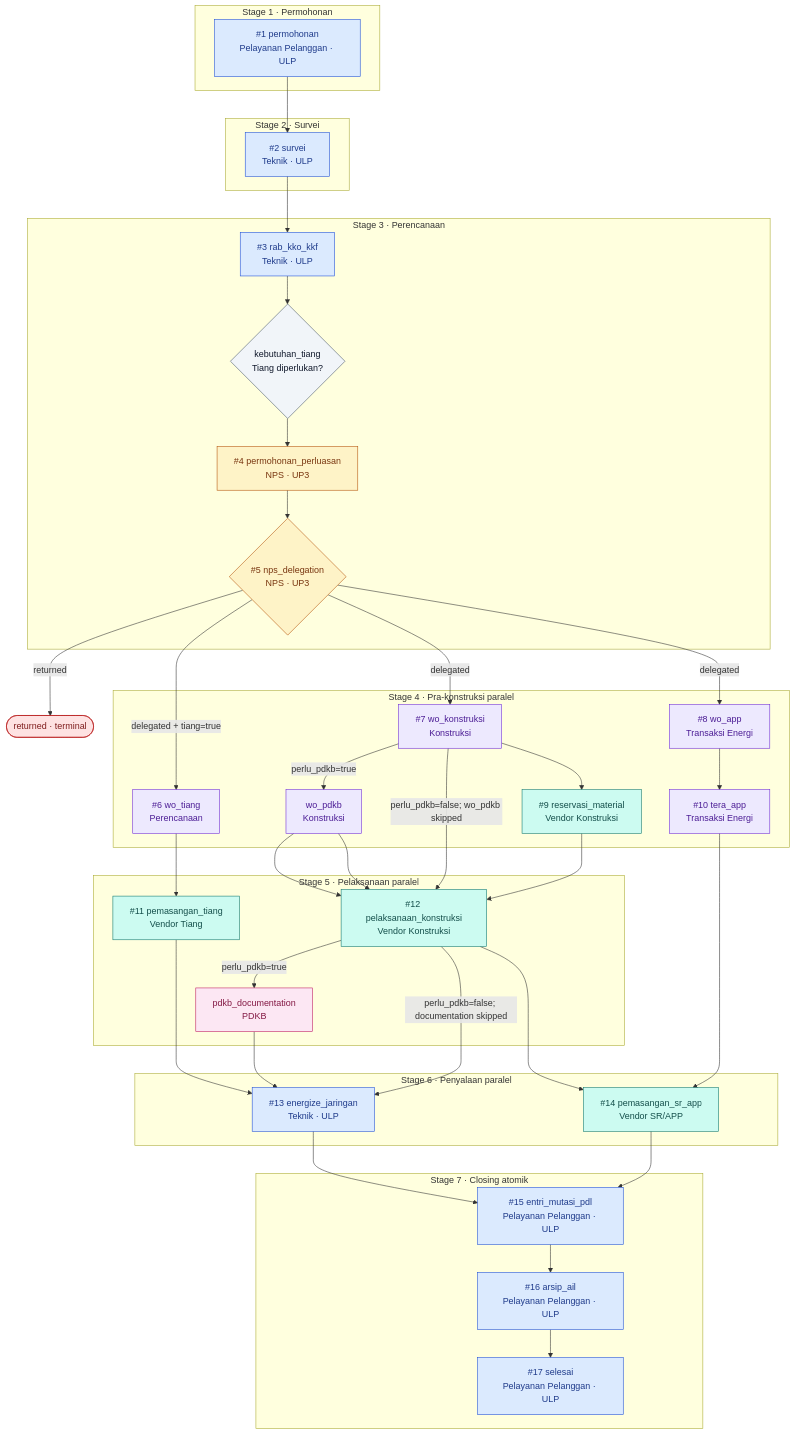
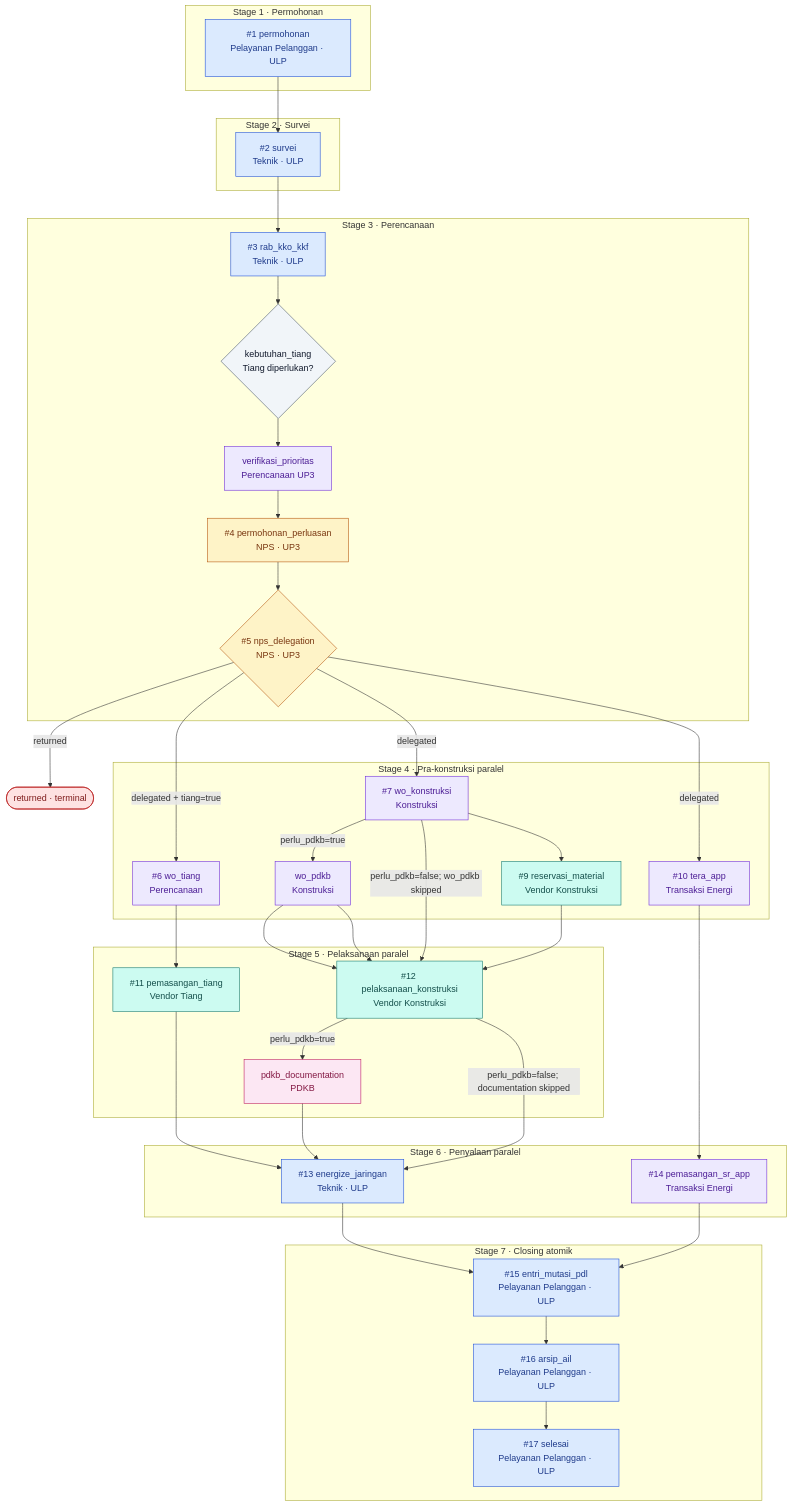
Before and after one commit to pln-colabora/colabora-be: the diagram in docs/architecture/diagrams/01-workflow-jtr-jtm.md, drawn with Mermaid. The commit also changed 51 other files, not shown here.

````diff
--- a/docs/architecture/diagrams/01-workflow-jtr-jtm.md
+++ b/docs/architecture/diagrams/01-workflow-jtr-jtm.md
@@ -9,76 +9,74 @@
 ```mermaid
 flowchart TD
   classDef ulp fill:#dbeafe,stroke:#1d4ed8,color:#1e3a8a
   classDef up3 fill:#ede9fe,stroke:#6d28d9,color:#4c1d95
   classDef nps fill:#fef3c7,stroke:#b45309,color:#78350f
   classDef vendor fill:#ccfbf1,stroke:#0f766e,color:#134e4a
   classDef pdkb fill:#fce7f3,stroke:#be185d,color:#831843
   classDef decision fill:#f1f5f9,stroke:#475569,color:#0f172a
   classDef terminal fill:#fee2e2,stroke:#b91c1c,color:#7f1d1d
 
   subgraph S1["Stage 1 · Permohonan"]
     permohonan["#1 permohonan<br/>Pelayanan Pelanggan · ULP"]
   end
   subgraph S2["Stage 2 · Survei"]
     survei["#2 survei<br/>Teknik · ULP"]
   end
   subgraph S3["Stage 3 · Perencanaan"]
     rab_kko_kkf["#3 rab_kko_kkf<br/>Teknik · ULP"]
     kebutuhan_tiang{"kebutuhan_tiang<br/>Tiang diperlukan?"}
+    verifikasi_prioritas["verifikasi_prioritas<br/>Perencanaan UP3"]
     permohonan_perluasan["#4 permohonan_perluasan<br/>NPS · UP3"]
     nps_delegation{"#5 nps_delegation<br/>NPS · UP3"}
   end
   subgraph S4["Stage 4 · Pra-konstruksi paralel"]
     wo_tiang["#6 wo_tiang<br/>Perencanaan"]
     wo_konstruksi["#7 wo_konstruksi<br/>Konstruksi"]
     wo_pdkb["wo_pdkb<br/>Konstruksi"]
-    wo_app["#8 wo_app<br/>Transaksi Energi"]
     reservasi_material["#9 reservasi_material<br/>Vendor Konstruksi"]
     tera_app["#10 tera_app<br/>Transaksi Energi"]
   end
   subgraph S5["Stage 5 · Pelaksanaan paralel"]
     pemasangan_tiang["#11 pemasangan_tiang<br/>Vendor Tiang"]
     pelaksanaan_konstruksi["#12 pelaksanaan_konstruksi<br/>Vendor Konstruksi"]
     pdkb_documentation["pdkb_documentation<br/>PDKB"]
   end
   subgraph S6["Stage 6 · Penyalaan paralel"]
     energize_jaringan["#13 energize_jaringan<br/>Teknik · ULP"]
-    pemasangan_sr_app["#14 pemasangan_sr_app<br/>Vendor SR/APP"]
+    pemasangan_sr_app["#14 pemasangan_sr_app<br/>Transaksi Energi"]
   end
   subgraph S7["Stage 7 · Closing atomik"]
     entri_mutasi_pdl["#15 entri_mutasi_pdl<br/>Pelayanan Pelanggan · ULP"]
     arsip_ail["#16 arsip_ail<br/>Pelayanan Pelanggan · ULP"]
     selesai["#17 selesai<br/>Pelayanan Pelanggan · ULP"]
   end
   returned(["returned · terminal"])
 
-  permohonan --> survei --> rab_kko_kkf --> kebutuhan_tiang --> permohonan_perluasan --> nps_delegation
+  permohonan --> survei --> rab_kko_kkf --> kebutuhan_tiang --> verifikasi_prioritas --> permohonan_perluasan --> nps_delegation
   nps_delegation -->|returned| returned
   nps_delegation -->|delegated + tiang=true| wo_tiang
   nps_delegation -->|delegated| wo_konstruksi
-  nps_delegation -->|delegated| wo_app
+  nps_delegation -->|delegated| tera_app
   wo_tiang --> pemasangan_tiang
   wo_konstruksi -->|perlu_pdkb=true| wo_pdkb --> pelaksanaan_konstruksi
   wo_konstruksi -->|perlu_pdkb=false; wo_pdkb skipped| pelaksanaan_konstruksi
   wo_pdkb --> pelaksanaan_konstruksi
   wo_konstruksi --> reservasi_material --> pelaksanaan_konstruksi
-  wo_app --> tera_app
   pemasangan_tiang --> energize_jaringan
   pelaksanaan_konstruksi -->|perlu_pdkb=true| pdkb_documentation
   pelaksanaan_konstruksi -->|perlu_pdkb=false; documentation skipped| energize_jaringan
   pdkb_documentation --> energize_jaringan
-  pelaksanaan_konstruksi --> pemasangan_sr_app
   tera_app --> pemasangan_sr_app
   energize_jaringan --> entri_mutasi_pdl
   pemasangan_sr_app --> entri_mutasi_pdl
   entri_mutasi_pdl --> arsip_ail --> selesai
 
   class permohonan,survei,rab_kko_kkf,energize_jaringan,entri_mutasi_pdl,arsip_ail,selesai ulp
-  class wo_tiang,wo_konstruksi,wo_pdkb,wo_app,tera_app up3
+  class wo_tiang,wo_konstruksi,wo_pdkb,tera_app,verifikasi_prioritas,pemasangan_sr_app up3
   class reservasi_material vendor
   class permohonan_perluasan,nps_delegation nps
-  class pemasangan_tiang,pelaksanaan_konstruksi,pemasangan_sr_app vendor
+  class pemasangan_tiang,pelaksanaan_konstruksi vendor
   class pdkb_documentation pdkb
   class kebutuhan_tiang decision
   class returned terminal
 ```
````
